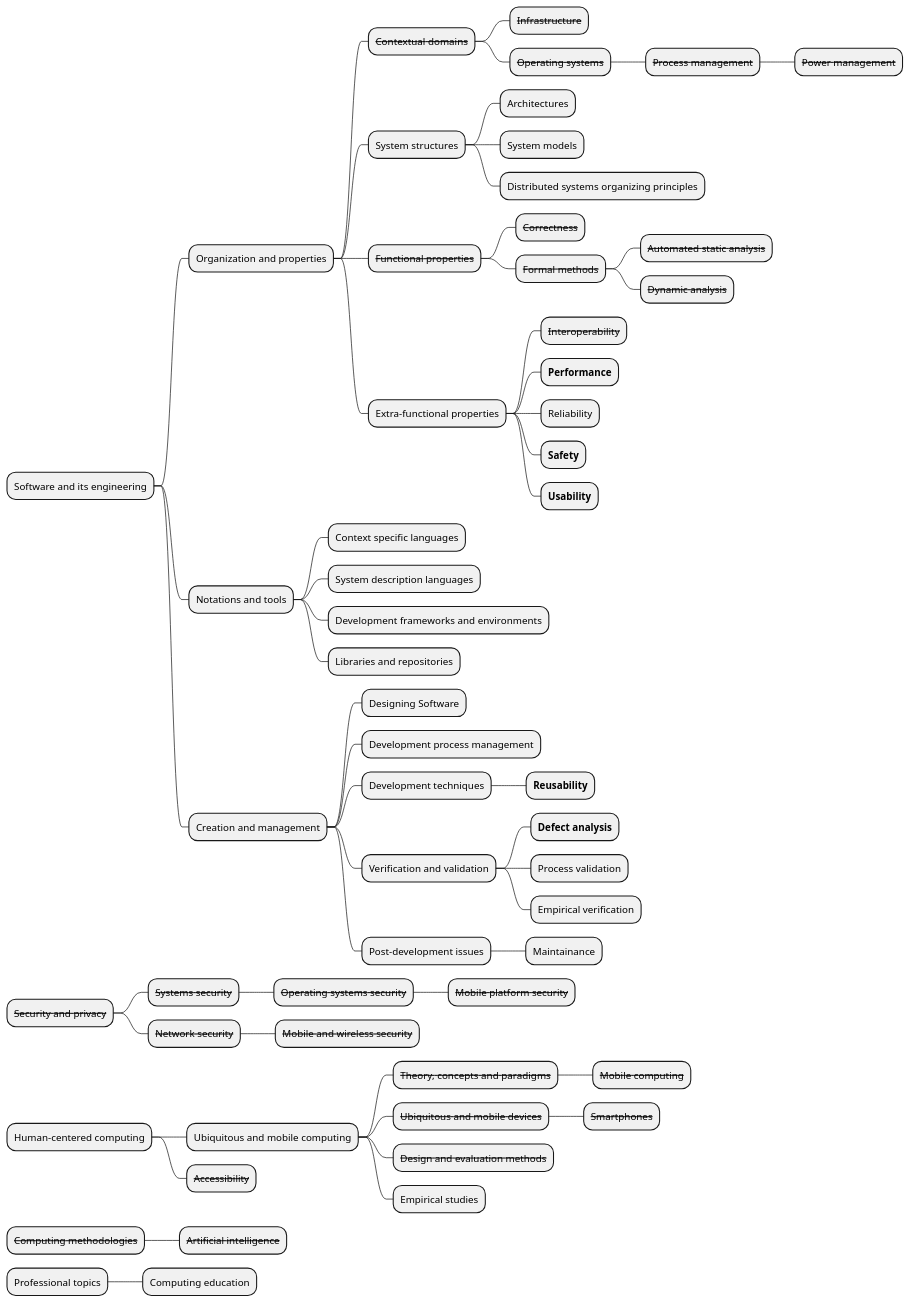
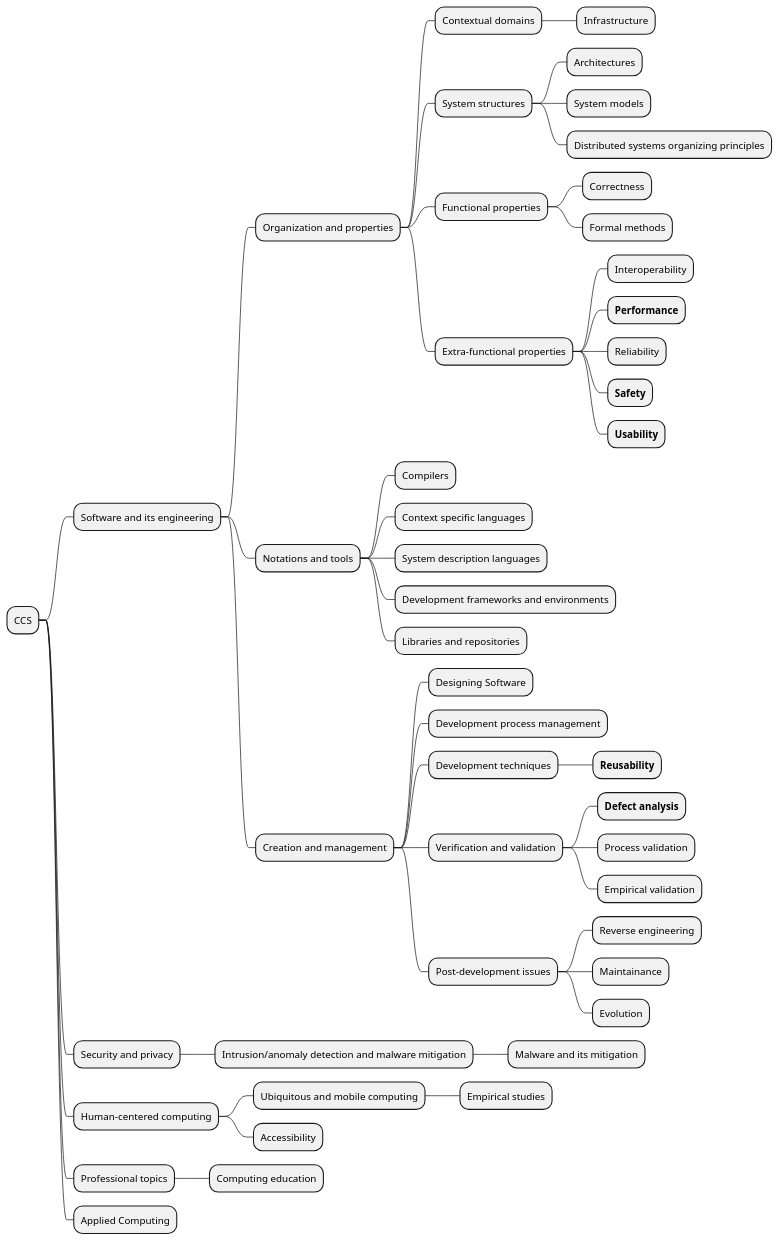
The diagram in mobileccs.pu (RobinNunkesser/plantuml), drawn with PlantUML before and after one commit. The commit also changed 10 other files, not shown here.

Commit message:
More puml diagrams

```diff
--- a/mobileccs.pu
+++ b/mobileccs.pu
@@ -2,89 +2,94 @@
 @startmindmap
-* Software and its engineering
-** Organization and properties
-'** Software organization and properties
-*** <s>Contextual domains</s>
-'*** <s>Contextual software domains</s>
-**** <s>Infrastructure</s>
-'**** <s>Software infrastructure</s>
-**** <s>Operating systems</s>
-***** <s>Process management</s>
-****** <s>Power management</s>
-*** System structures
-'*** Software system structures
-**** Architectures
-'**** Software architectures
-**** System models
-'**** Software system models
-**** Distributed systems organizing principles
-'***** <s>Cloud computing</s>
-*** <s>Functional properties</s>
-'*** <s>Software functional properties</s>
-**** <s>Correctness</s>
-**** <s>Formal methods</s>
-***** <s>Automated static analysis</s>
-***** <s>Dynamic analysis</s>
-*** Extra-functional properties
-**** <s>Interoperability</s>
-**** <b>Performance</b>
-**** Reliability
-**** <b>Safety</b>
-**** <b>Usability</b>
-'**** <b>Software performance</b>
-'**** <s>Software reliability</s>
-'**** <b>Software safety</b>
-'**** <b>Software usability</b>
-** Notations and tools
-'** Software notations and tools
-*** Context specific languages
-*** System description languages
-*** Development frameworks and environments
-*** Libraries and repositories
-** Creation and management
-'** Software creation and management
-*** Designing Software
-*** Development process management
-'*** Software development process management
-*** Development techniques
-'*** Software development techniques
-**** <b>Reusability</b>
-*** Verification and validation
-'*** Software verification and validation
-**** <b>Defect analysis</b>
-'**** <b>Software defect analysis</b>
-**** Process validation
-'***** <s>Acceptance testing</s>
-**** Empirical verification
-'**** Empirical software verification
-*** Post-development issues
-'*** Software post-development issues
-**** Maintainance
-'**** Maintaining Software
-* <s>Security and privacy</s>
-** <s>Systems security</s>
-*** <s>Operating systems security</s>
-**** <s>Mobile platform security</s>
-** <s>Network security</s>
-*** <s>Mobile and wireless security</s>
-* Human-centered computing
-** Ubiquitous and mobile computing
-*** <s>Theory, concepts and paradigms</s>
-**** <s>Mobile computing</s>
-*** <s>Ubiquitous and mobile devices</s>
-**** <s>Smartphones</s>
-*** <s>Design and evaluation methods</s>
-*** Empirical studies
-** <s>Accessibility</s>
-* <s>Computing methodologies</s>
-** <s>Artificial intelligence</s>
-* Professional topics
-** Computing education
-'* <s>Wasserman</s>
-'** <s>User Experience </s>
-'** <s>Code reuse</s>
-'** <s>Networking</s>
-'** <s>Energy efficiency</s>
-'** <s>Data integrity</s>
-'** <s>Testing</s>
-'** <s>Portability and cross-platform development</s>
+* CCS
+** Software and its engineering
+*** Organization and properties
+'*** Software organization and properties
+**** Contextual domains
+'**** <s>Contextual software domains</s>
+***** Infrastructure
+'***** <s>Software infrastructure</s>
+' ***** <s>Operating systems</s>
+' ****** <s>Process management</s>
+' ******* <s>Power management</s>
+**** System structures
+'**** Software system structures
+***** Architectures
+'***** Software architectures
+***** System models
+'***** Software system models
+***** Distributed systems organizing principles
+'****** <s>Cloud computing</s>
+**** Functional properties
+'**** <s>Software functional properties</s>
+***** Correctness
+***** Formal methods
+**** Extra-functional properties
+***** Interoperability
+***** <b>Performance</b>
+***** Reliability
+***** <b>Safety</b>
+***** <b>Usability</b>
+'***** <b>Software performance</b>
+'***** <s>Software reliability</s>
+'***** <b>Software safety</b>
+'***** <b>Software usability</b>
+*** Notations and tools
+'*** Software notations and tools
+**** Compilers
+**** Context specific languages
+**** System description languages
+**** Development frameworks and environments
+**** Libraries and repositories
+*** Creation and management
+'*** Software creation and management
+**** Designing Software
+**** Development process management
+'**** Software development process management
+**** Development techniques
+'**** Software development techniques
+***** <b>Reusability</b>
+**** Verification and validation
+'**** Software verification and validation
+***** <b>Defect analysis</b>
+'***** <b>Software defect analysis</b>
+***** Process validation
+'****** <s>Acceptance testing</s>
+***** Empirical validation
+'***** Empirical software validation
+**** Post-development issues
+'**** Software post-development issues
+***** Reverse engineering
+***** Maintainance
+'***** Maintaining Software
+***** Evolution
+** Security and privacy
+*** Intrusion/anomaly detection and malware mitigation
+**** Malware and its mitigation
+' *** <s>Systems security</s>
+' **** <s>Operating systems security</s>
+' ***** <s>Mobile platform security</s>
+' *** <s>Network security</s>
+' **** <s>Mobile and wireless security</s>
+** Human-centered computing
+*** Ubiquitous and mobile computing
+' **** <s>Theory, concepts and paradigms</s>
+' ***** <s>Mobile computing</s>
+' **** <s>Ubiquitous and mobile devices</s>
+' ***** <s>Smartphones</s>
+' **** <s>Design and evaluation methods</s>
+**** Empirical studies
+*** Accessibility
+' ** <s>Computing methodologies</s>
+' *** <s>Artificial intelligence</s>
+** Professional topics
+*** Computing education
+** Applied Computing
+'** <s>Wasserman</s>
+'*** <s>User Experience </s>
+'*** <s>Code reuse</s>
+'*** <s>Networking</s>
+'*** <s>Energy efficiency</s>
+'*** <s>Data integrity</s>
+'*** <s>Testing</s>
+'*** <s>Portability and cross-platform development</s>
 @endmindmap
```
